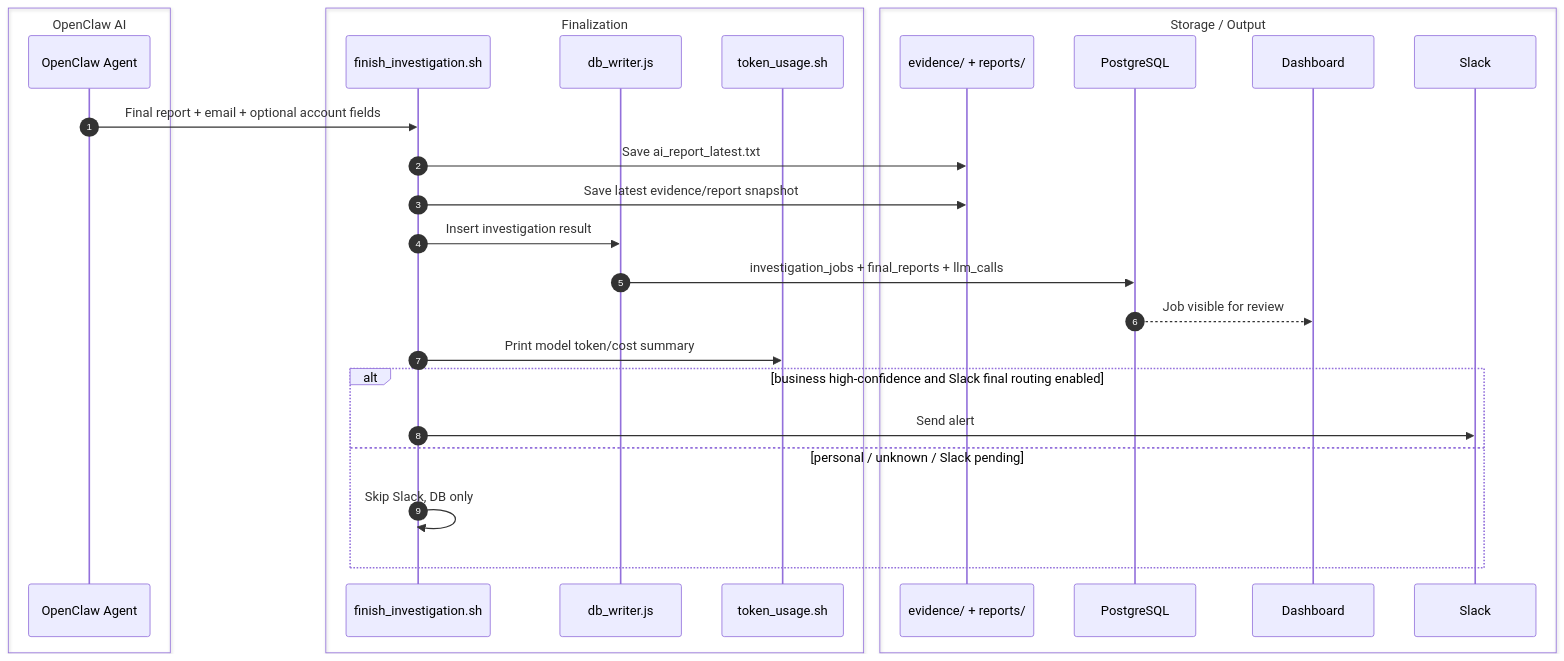
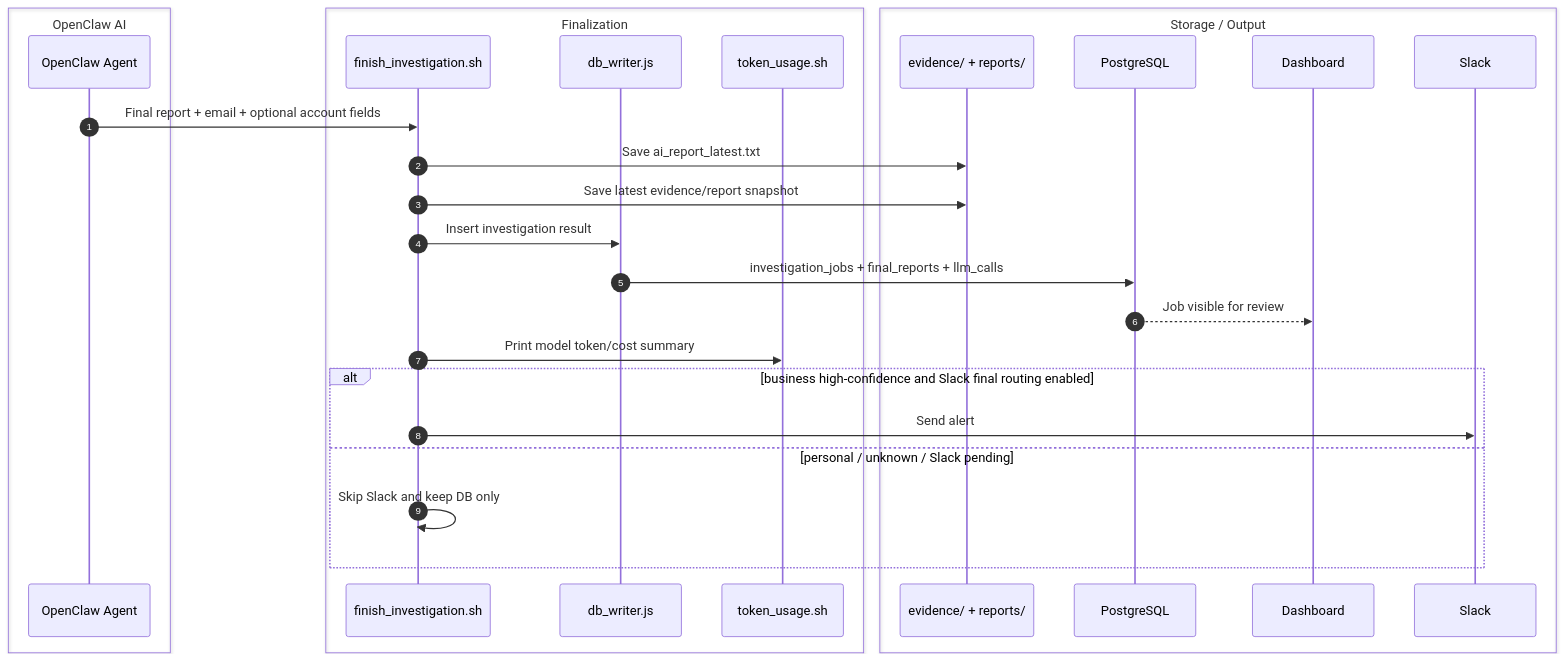
The sixth of 7 diagrams in docs/technical/FLOW_MAP.md (nunutech40/company-detector-bot), drawn with Mermaid before and after one commit. The commit also changed other lines of this file, not shown here.

Commit message:
fix flow map mermaid syntax

````diff
--- a/docs/technical/FLOW_MAP.md
+++ b/docs/technical/FLOW_MAP.md
@@ -327,34 +327,34 @@
 ```mermaid
 sequenceDiagram
   autonumber
   box OpenClaw AI
     participant Agent as OpenClaw Agent
   end
 
   box Finalization
     participant Finalizer as finish_investigation.sh
     participant Writer as db_writer.js
     participant Token as token_usage.sh
   end
 
   box Storage / Output
     participant Files as evidence/ + reports/
     participant DB as PostgreSQL
     participant Dashboard as Dashboard
     participant Slack as Slack
   end
 
   Agent->>Finalizer: Final report + email + optional account fields
   Finalizer->>Files: Save ai_report_latest.txt
   Finalizer->>Files: Save latest evidence/report snapshot
   Finalizer->>Writer: Insert investigation result
   Writer->>DB: investigation_jobs + final_reports + llm_calls
   DB-->>Dashboard: Job visible for review
   Finalizer->>Token: Print model token/cost summary
 
   alt business high-confidence and Slack final routing enabled
     Finalizer->>Slack: Send alert
   else personal / unknown / Slack pending
-    Finalizer->>Finalizer: Skip Slack, DB only
+    Finalizer->>Finalizer: Skip Slack and keep DB only
   end
 ```
````
